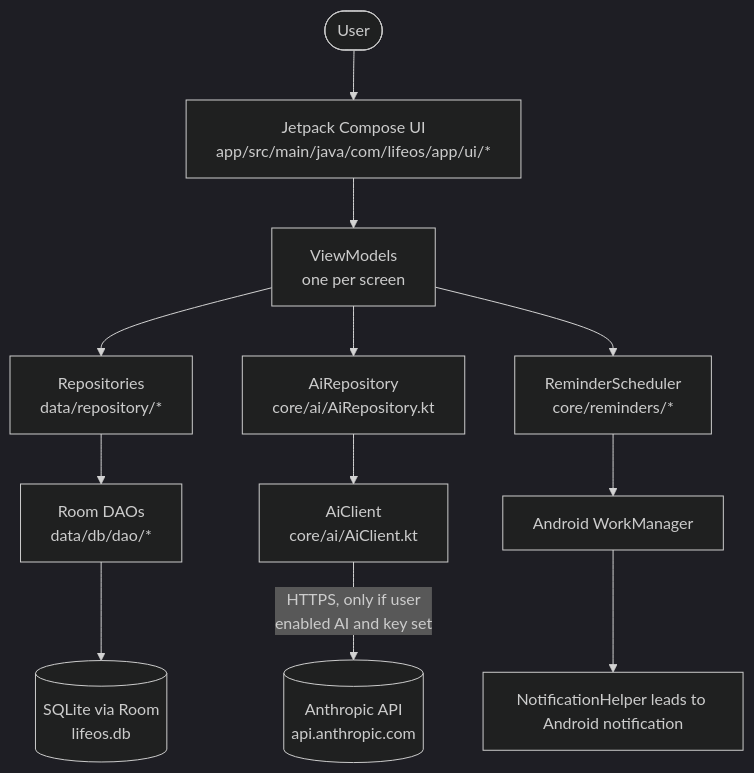
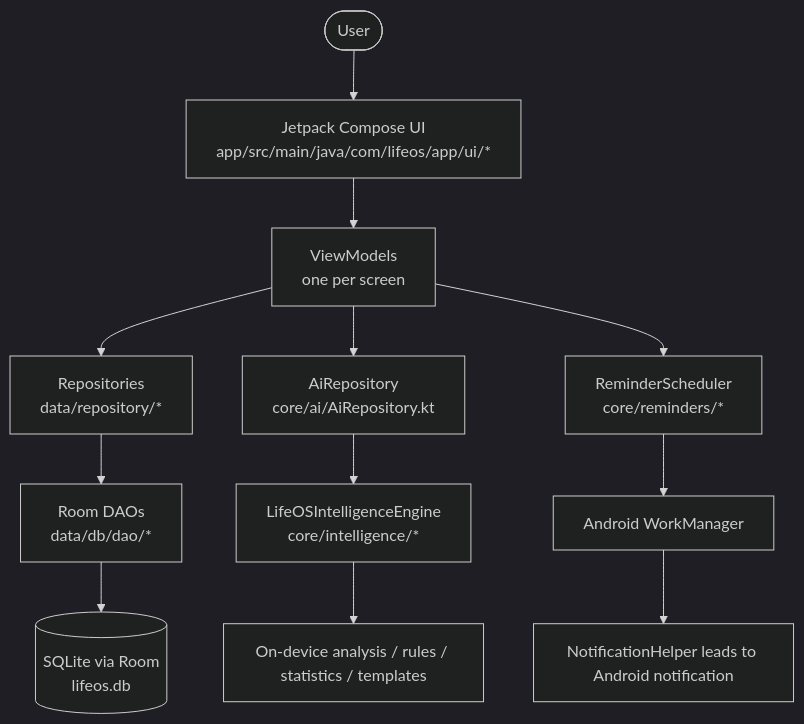
Before and after one commit to gamerprash99-cell/LIFEOS-2030-: the first of 3 diagrams in docs/02_ARCHITECTURE.md, drawn with Mermaid (dark theme). The commit also changed other lines of this file and 44 other files, not shown here.

````diff
--- a/docs/02_ARCHITECTURE.md
+++ b/docs/02_ARCHITECTURE.md
@@ -9,14 +12,14 @@
 ```mermaid
 flowchart TD
     User([User]) --> UI[Jetpack Compose UI<br/>app/src/main/java/com/lifeos/app/ui/*]
     UI --> VM[ViewModels<br/>one per screen]
     VM --> REPO[Repositories<br/>data/repository/*]
     REPO --> DAO[Room DAOs<br/>data/db/dao/*]
     DAO --> DB[(SQLite via Room<br/>lifeos.db)]
     VM --> AIREPO[AiRepository<br/>core/ai/AiRepository.kt]
-    AIREPO --> AICLIENT[AiClient<br/>core/ai/AiClient.kt]
-    AICLIENT -->|HTTPS, only if user<br/>enabled AI and key set| ANTHROPIC[(Anthropic API<br/>api.anthropic.com)]
+    AIREPO --> ENGINE[LifeOSIntelligenceEngine<br/>core/intelligence/*]
+    ENGINE --> LOCAL[On-device analysis / rules / statistics / templates]
     VM --> REMINDER[ReminderScheduler<br/>core/reminders/*]
     REMINDER --> WM[Android WorkManager]
     WM --> NOTIF[NotificationHelper leads to Android notification]
 ```
````
